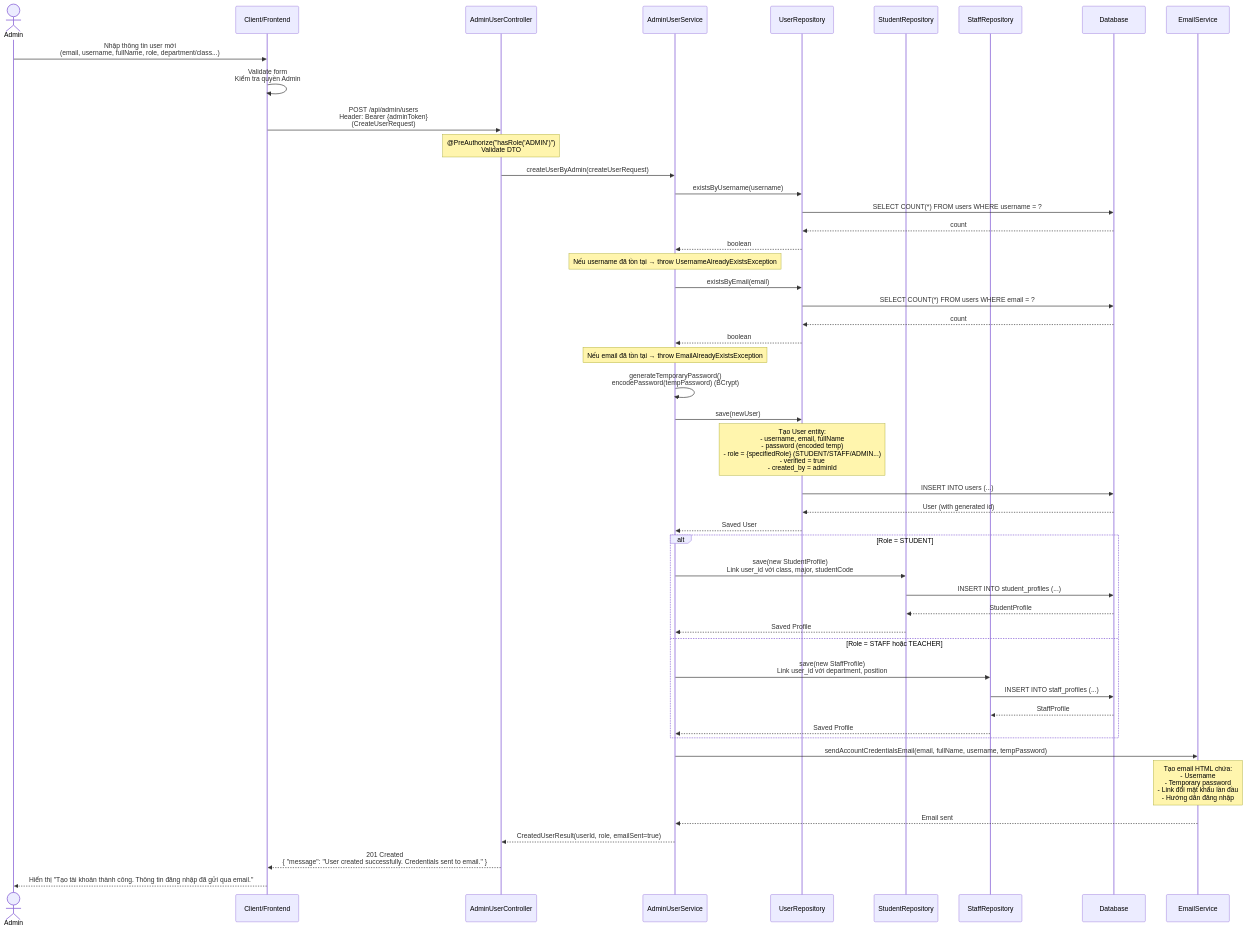
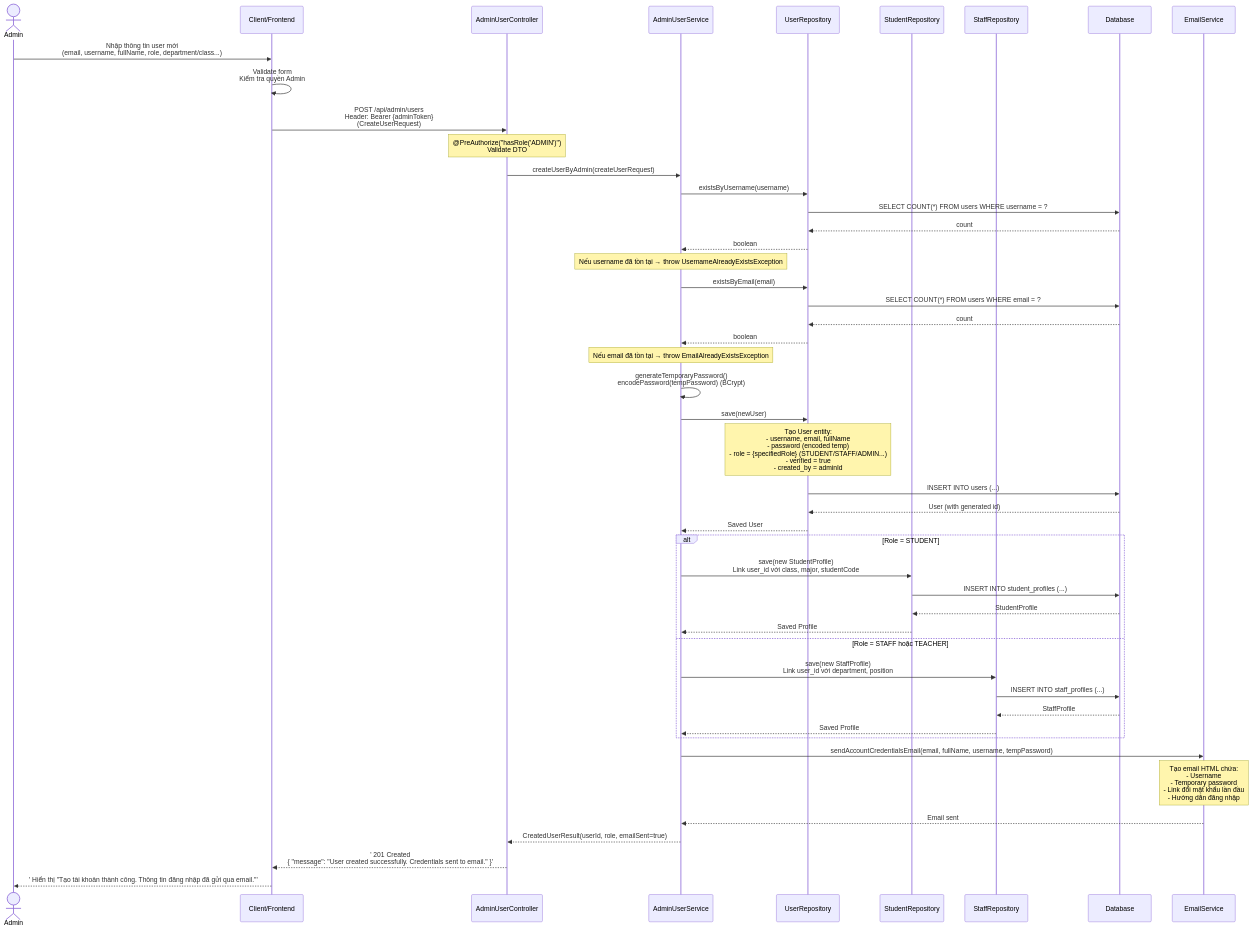
The seventh of 7 diagrams in docs/sequence-diagramV2/sequence-diagram-auth.md (mchien04/CampusLife), drawn with Mermaid before and after one commit. The commit also changed other lines of this file and 18 other files, not shown here.

First line of the commit message:
fix(sequence-diagramV2): fix Mermaid parse errors

````diff
--- a/docs/sequence-diagramV2/sequence-diagram-auth.md
+++ b/docs/sequence-diagramV2/sequence-diagram-auth.md
@@ -252,58 +252,58 @@
 ```mermaid
 sequenceDiagram
     actor Admin as Admin
     participant Client as Client/Frontend
     participant AdminUserController as AdminUserController
     participant AdminUserService as AdminUserService
     participant UserRepository as UserRepository
     participant StudentRepository as StudentRepository
     participant StaffRepository as StaffRepository
     participant Database as Database
     participant EmailService as EmailService
 
     Admin->>Client: Nhập thông tin user mới<br/>(email, username, fullName, role, department/class...)
     Client->>Client: Validate form<br/>Kiểm tra quyền Admin
     Client->>AdminUserController: POST /api/admin/users<br/>Header: Bearer {adminToken}<br/>(CreateUserRequest)
     Note over AdminUserController: @PreAuthorize("hasRole('ADMIN')")<br/>Validate DTO
     AdminUserController->>AdminUserService: createUserByAdmin(createUserRequest)
     
     AdminUserService->>UserRepository: existsByUsername(username)
     UserRepository->>Database: SELECT COUNT(*) FROM users WHERE username = ?
     Database-->>UserRepository: count
     UserRepository-->>AdminUserService: boolean
     Note over AdminUserService: Nếu username đã tồn tại → throw UsernameAlreadyExistsException
     
     AdminUserService->>UserRepository: existsByEmail(email)
     UserRepository->>Database: SELECT COUNT(*) FROM users WHERE email = ?
     Database-->>UserRepository: count
     UserRepository-->>AdminUserService: boolean
     Note over AdminUserService: Nếu email đã tồn tại → throw EmailAlreadyExistsException
     
     AdminUserService->>AdminUserService: generateTemporaryPassword()<br/>encodePassword(tempPassword) (BCrypt)
     
     AdminUserService->>UserRepository: save(newUser)
     Note over UserRepository: Tạo User entity:<br/>- username, email, fullName<br/>- password (encoded temp)<br/>- role = {specifiedRole} (STUDENT/STAFF/ADMIN...)<br/>- verified = true<br/>- created_by = adminId
     UserRepository->>Database: INSERT INTO users (...)
     Database-->>UserRepository: User (with generated id)
     UserRepository-->>AdminUserService: Saved User
     
     alt Role = STUDENT
         AdminUserService->>StudentRepository: save(new StudentProfile)<br/>Link user_id với class, major, studentCode
         StudentRepository->>Database: INSERT INTO student_profiles (...)
         Database-->>StudentRepository: StudentProfile
         StudentRepository-->>AdminUserService: Saved Profile
     else Role = STAFF hoặc TEACHER
         AdminUserService->>StaffRepository: save(new StaffProfile)<br/>Link user_id với department, position
         StaffRepository->>Database: INSERT INTO staff_profiles (...)
         Database-->>StaffRepository: StaffProfile
         StaffRepository-->>AdminUserService: Saved Profile
     end
     
     AdminUserService->>EmailService: sendAccountCredentialsEmail(email, fullName, username, tempPassword)
     Note over EmailService: Tạo email HTML chứa:<br/>- Username<br/>- Temporary password<br/>- Link đổi mật khẩu lần đầu<br/>- Hướng dẫn đăng nhập
     EmailService-->>AdminUserService: Email sent
     
     AdminUserService-->>AdminUserController: CreatedUserResult(userId, role, emailSent=true)
-    AdminUserController-->>Client: 201 Created<br/>{ "message": "User created successfully. Credentials sent to email." }
-    Client-->>Admin: Hiển thị "Tạo tài khoản thành công. Thông tin đăng nhập đã gửi qua email."
+    AdminUserController-->>Client:' 201 Created<br/>{ "message": "User created successfully. Credentials sent to email." }'
+    Client-->>Admin:' Hiển thị "Tạo tài khoản thành công. Thông tin đăng nhập đã gửi qua email."'
 ```
````
